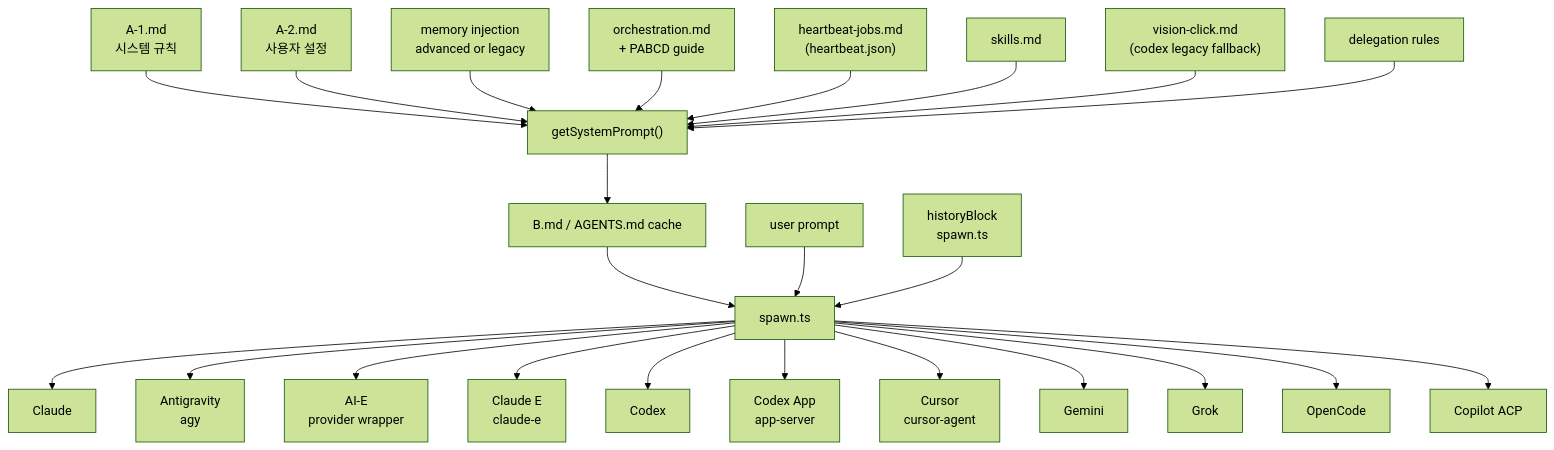
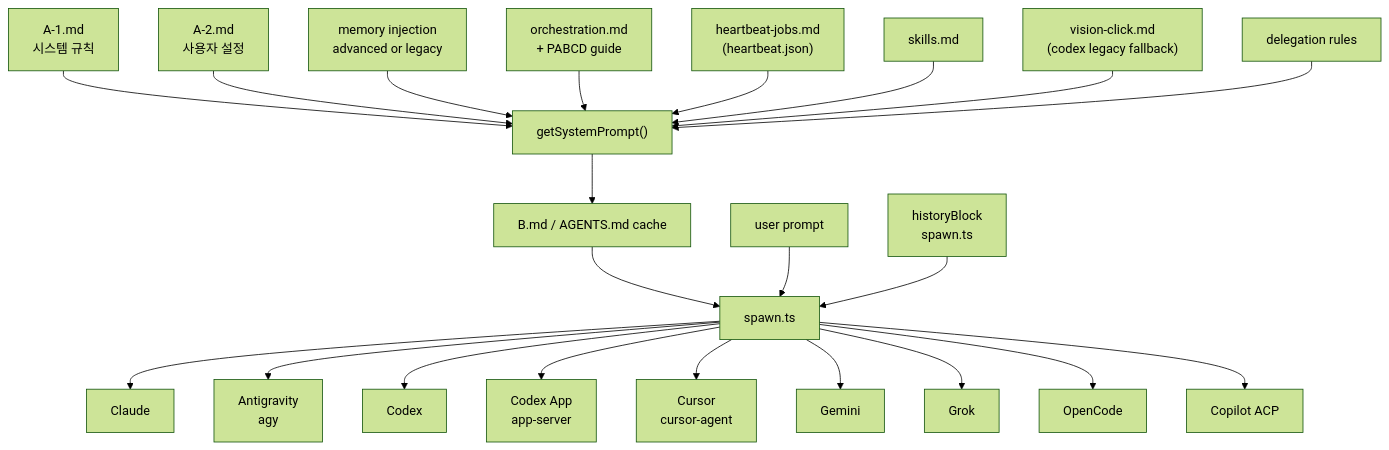
Before and after one commit to lidge-jun/cli-jaw: the diagram in structure/prompt_flow.md, drawn with Mermaid (forest theme). The commit also changed other lines of this file and 36 other files, not shown here.

````diff
--- a/structure/prompt_flow.md
+++ b/structure/prompt_flow.md
@@ -19,26 +19,24 @@
 ```mermaid
 graph TD
     A1["A-1.md<br/>시스템 규칙"] --> SYS["getSystemPrompt()"]
     A2["A-2.md<br/>사용자 설정"] --> SYS
     MEM["memory injection<br/>advanced or legacy"] --> SYS
     ORC["orchestration.md<br/>+ PABCD guide"] --> SYS
     HB["heartbeat-jobs.md<br/>(heartbeat.json)"] --> SYS
     SK["skills.md"] --> SYS
     VC["vision-click.md<br/>(codex legacy fallback)"] --> SYS
     DEL["delegation rules"] --> SYS
     SYS --> B["B.md / AGENTS.md cache"]
     B --> SPAWN["spawn.ts"]
     USER["user prompt"] --> SPAWN
     HIST["historyBlock<br/>spawn.ts"] --> SPAWN
     SPAWN --> CLAUDE["Claude"]
     SPAWN --> AGY["Antigravity<br/>agy"]
-    SPAWN --> AIE["AI-E<br/>provider wrapper"]
-    SPAWN --> CLAUDEI["Claude E<br/>claude-e"]
     SPAWN --> CODEX["Codex"]
     SPAWN --> CODEXAPP["Codex App<br/>app-server"]
     SPAWN --> CURSOR["Cursor<br/>cursor-agent"]
     SPAWN --> GEMINI["Gemini"]
     SPAWN --> GROK["Grok"]
     SPAWN --> OPENCODE["OpenCode"]
     SPAWN --> COPILOT["Copilot ACP"]
 ```
````
